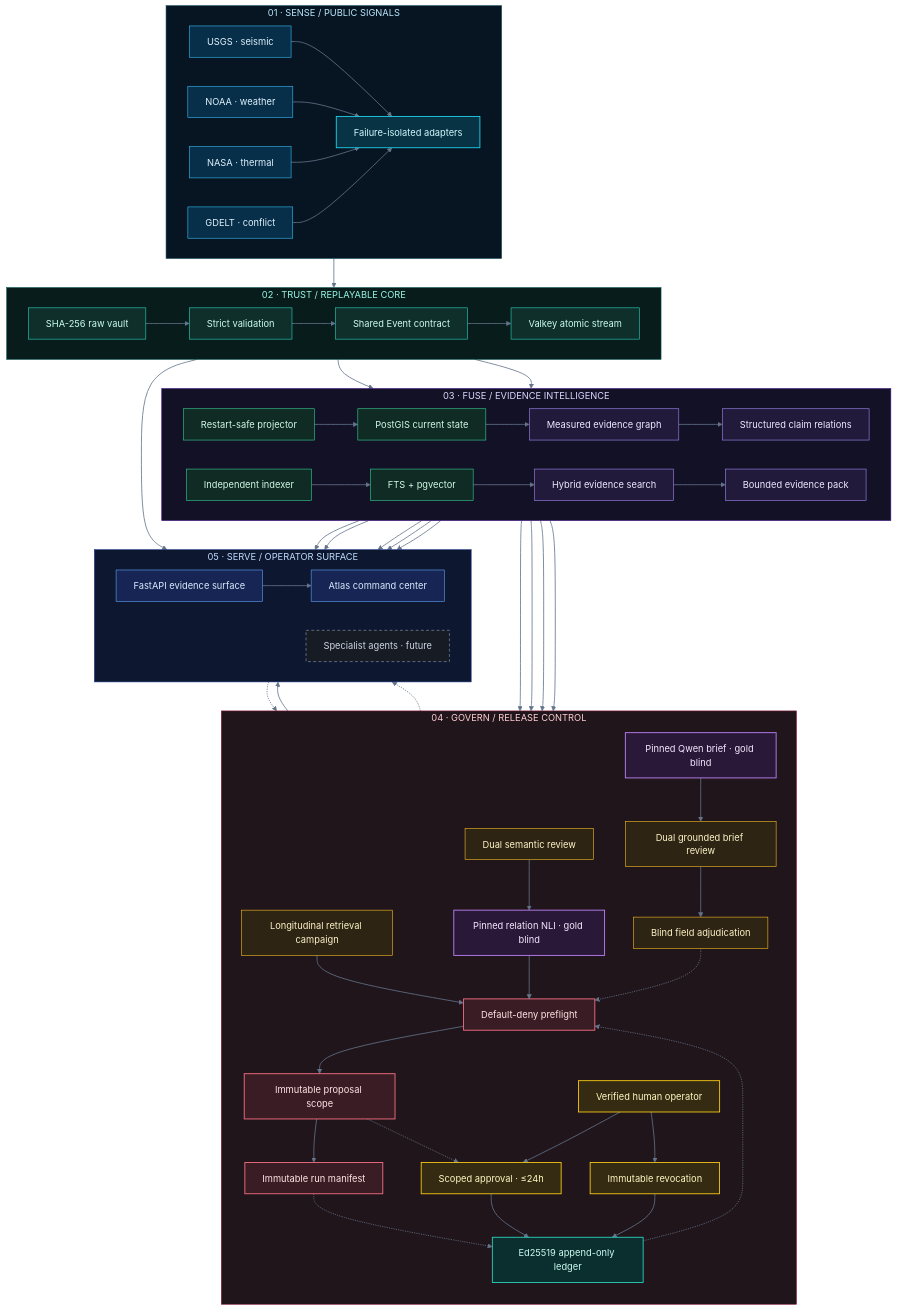
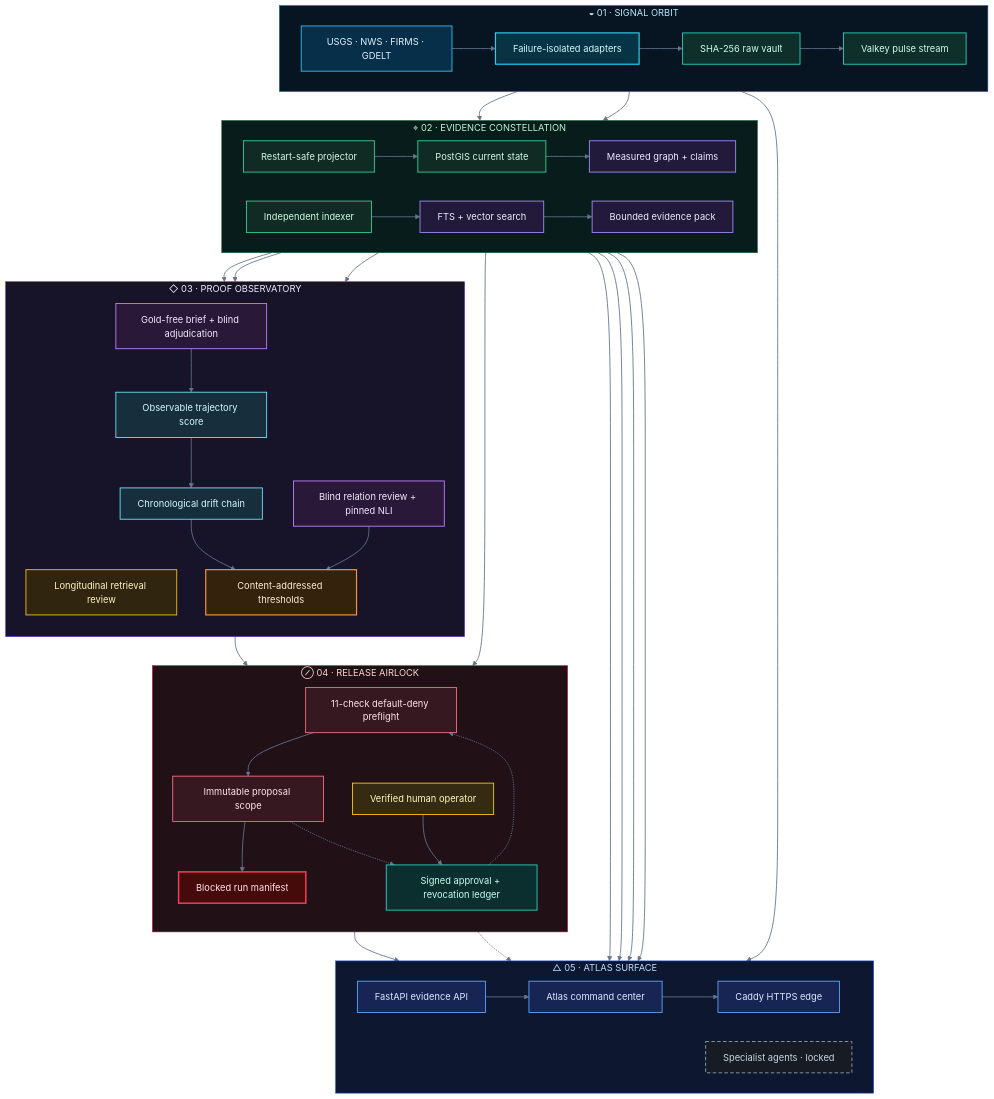
One commit to Thivas12/atlas-pulse changed the diagram in README.md. Above: the diagram before and after it, drawn with Mermaid. The commit also changed other lines of this file and 43 other files, not shown here.

First line of the commit message:
feat: add observable agent trajectory release gates (#35)

````diff
--- a/README.md
+++ b/README.md
@@ -95,97 +103,89 @@
 ```mermaid
-flowchart TD
-    subgraph SENSE["01 · SENSE / PUBLIC SIGNALS"]
+flowchart TB
+    subgraph ORBIT["◒ 01 · SIGNAL ORBIT"]
         direction LR
-        USGS["USGS · seismic"]:::source
-        NWS["NOAA · weather"]:::source
-        FIRMS["NASA · thermal"]:::source
-        GDELT["GDELT · conflict"]:::source
-        ADAPTERS["Failure-isolated adapters"]:::ingest
-        USGS --> ADAPTERS
-        NWS --> ADAPTERS
-        FIRMS --> ADAPTERS
-        GDELT --> ADAPTERS
+        FEEDS["USGS · NWS · FIRMS · GDELT"]:::signal
+        ADAPTERS["Failure-isolated adapters"]:::pulse
+        VAULT["SHA-256 raw vault"]:::trust
+        BUS["Valkey pulse stream"]:::trust
+        FEEDS --> ADAPTERS --> VAULT --> BUS
     end
 
-    subgraph TRUST["02 · TRUST / REPLAYABLE CORE"]
-        direction LR
-        RAW["SHA-256 raw vault"]:::trust --> VALIDATE["Strict validation"]:::trust
-        VALIDATE --> EVENT["Shared Event contract"]:::trust
-        EVENT --> STREAM["Valkey atomic stream"]:::trust
-    end
-
-    subgraph INTEL["03 · FUSE / EVIDENCE INTELLIGENCE"]
+    subgraph CONSTELLATION["⌖ 02 · EVIDENCE CONSTELLATION"]
         direction LR
         PROJECTOR["Restart-safe projector"]:::state --> POSTGIS["PostGIS current state"]:::state
-        POSTGIS --> GRAPH["Measured evidence graph"]:::intel
-        GRAPH --> CLAIMS["Structured claim relations"]:::intel
-        INDEXER["Independent indexer"]:::state --> SEARCHDB["FTS + pgvector"]:::state
-        SEARCHDB --> SEARCH["Hybrid evidence search"]:::intel
+        POSTGIS --> GRAPH["Measured graph + claims"]:::intel
+        INDEXER["Independent indexer"]:::state --> SEARCH["FTS + vector search"]:::intel
         SEARCH --> PACK["Bounded evidence pack"]:::intel
     end
 
-    subgraph GOVERN["04 · GOVERN / RELEASE CONTROL"]
+    subgraph OBSERVATORY["◇ 03 · PROOF OBSERVATORY"]
         direction TB
-        RETRIEVAL_REVIEW["Longitudinal retrieval campaign"]:::review
-        RELATION_REVIEW["Dual semantic review"]:::review
-        CANDIDATE["Pinned relation NLI · gold blind"]:::sandbox
-        ANSWER_RUNNER["Pinned Qwen brief · gold blind"]:::sandbox
-        ANSWER_REVIEW["Dual grounded brief review"]:::review
-        ANSWER_ADJ["Blind field adjudication"]:::review
-        PREFLIGHT["Default-deny preflight"]:::gate
-        PROPOSAL["Immutable proposal scope"]:::gate
-        MANIFEST["Immutable run manifest"]:::gate
-        HUMAN["Verified human operator"]:::human
-        APPROVAL["Scoped approval · ≤24h"]:::human
-        REVOCATION["Immutable revocation"]:::human
-        LEDGER["Ed25519 append-only ledger"]:::audit
+        RETRIEVAL["Longitudinal retrieval review"]:::review
+        RELATIONS["Blind relation review + pinned NLI"]:::sandbox
+        GROUNDED["Gold-free brief + blind adjudication"]:::sandbox
+        TRAJECTORY["Observable trajectory score"]:::trajectory
+        DRIFT["Chronological drift chain"]:::trajectory
+        RELEASE["Content-addressed thresholds"]:::threshold
+        GROUNDED --> TRAJECTORY --> DRIFT --> RELEASE
+        RELATIONS --> RELEASE
     end
 
-    subgraph SERVE["05 · SERVE / OPERATOR SURFACE"]
-        direction LR
-        API["FastAPI evidence surface"]:::surface --> WEB["Atlas command center"]:::surface
-        AGENTS["Specialist agents · future"]:::future
+    subgraph AIRLOCK["⊘ 04 · RELEASE AIRLOCK"]
+        direction TB
+        PREFLIGHT["11-check default-deny preflight"]:::gate
+        PROPOSAL["Immutable proposal scope"]:::gate
+        MANIFEST["Blocked run manifest"]:::locked
+        OPERATOR["Verified human operator"]:::human
+        LEDGER["Signed approval + revocation ledger"]:::audit
+        PREFLIGHT --> PROPOSAL --> MANIFEST
+        OPERATOR --> LEDGER
+        PROPOSAL -.-> LEDGER
+        LEDGER -.-> PREFLIGHT
     end
 
-    ADAPTERS --> RAW
-    STREAM --> PROJECTOR
-    STREAM --> INDEXER
-    SEARCH --> RETRIEVAL_REVIEW --> PREFLIGHT
-    CLAIMS --> RELATION_REVIEW --> CANDIDATE --> PREFLIGHT
-    PACK --> ANSWER_RUNNER --> ANSWER_REVIEW --> ANSWER_ADJ
-    ANSWER_ADJ -.-> PREFLIGHT
-    PACK --> PREFLIGHT --> PROPOSAL --> MANIFEST
-    HUMAN --> APPROVAL
-    PROPOSAL -.-> APPROVAL --> LEDGER
-    HUMAN --> REVOCATION --> LEDGER
-    MANIFEST -.-> LEDGER
-    LEDGER -.-> PREFLIGHT
-    STREAM --> API
+    subgraph SURFACE["△ 05 · ATLAS SURFACE"]
+        direction LR
+        API["FastAPI evidence API"]:::surface --> WEB["Atlas command center"]:::surface
+        EDGE["Caddy HTTPS edge"]:::surface
+        WEB --> EDGE
+        FUTURE["Specialist agents · locked"]:::future
+    end
+
+    BUS --> PROJECTOR
+    BUS --> INDEXER
+    GRAPH --> RELATIONS
+    SEARCH --> RETRIEVAL
+    PACK --> GROUNDED
+    PACK --> PREFLIGHT
+    RELEASE --> PREFLIGHT
+    BUS --> API
     POSTGIS --> API
     GRAPH --> API
-    CLAIMS --> API
     SEARCH --> API
     PACK --> API
     MANIFEST --> API
-    WEB -.-> HUMAN
-    MANIFEST -.-> AGENTS
+    MANIFEST -.-> FUTURE
 
-    classDef source fill:#082f49,stroke:#38bdf8,color:#e0f2fe,stroke-width:1px
-    classDef ingest fill:#083344,stroke:#22d3ee,color:#cffafe,stroke-width:1.5px
-    classDef trust fill:#0f2f2b,stroke:#2dd4bf,color:#ccfbf1,stroke-width:1px
-    classDef state fill:#102a24,stroke:#34d399,color:#d1fae5,stroke-width:1px
-    classDef intel fill:#211a3a,stroke:#a78bfa,color:#ede9fe,stroke-width:1px
-    classDef review fill:#2d2414,stroke:#fbbf24,color:#fef3c7,stroke-width:1px
+    classDef signal fill:#082f49,stroke:#38bdf8,color:#e0f2fe,stroke-width:1.5px
+    classDef pulse fill:#083344,stroke:#22d3ee,color:#cffafe,stroke-width:2px
+    classDef trust fill:#0f2f2b,stroke:#2dd4bf,color:#ccfbf1,stroke-width:1.5px
+    classDef state fill:#102a24,stroke:#34d399,color:#d1fae5,stroke-width:1.5px
+    classDef intel fill:#211a3a,stroke:#a78bfa,color:#ede9fe,stroke-width:1.5px
+    classDef review fill:#30260f,stroke:#fbbf24,color:#fef3c7,stroke-width:1.5px
     classDef sandbox fill:#2a1838,stroke:#c084fc,color:#f3e8ff,stroke-width:1.5px
-    classDef gate fill:#3a1d24,stroke:#fb7185,color:#ffe4e6,stroke-width:1.5px
+    classDef trajectory fill:#172e3d,stroke:#67e8f9,color:#cffafe,stroke-width:1.5px
+    classDef threshold fill:#34220d,stroke:#fb923c,color:#ffedd5,stroke-width:2px
+    classDef gate fill:#351820,stroke:#fb7185,color:#ffe4e6,stroke-width:1.5px
+    classDef locked fill:#450a0a,stroke:#f43f5e,color:#ffe4e6,stroke-width:2.5px
     classDef human fill:#352a12,stroke:#facc15,color:#fef9c3,stroke-width:1.5px
     classDef audit fill:#0b2f2f,stroke:#2dd4bf,color:#ccfbf1,stroke-width:1.5px
-    classDef surface fill:#172554,stroke:#60a5fa,color:#dbeafe,stroke-width:1px
-    classDef future fill:#171b24,stroke:#94a3b8,color:#cbd5e1,stroke-width:1px,stroke-dasharray:5 4
-    style SENSE fill:#061521,stroke:#164e63,color:#bae6fd
-    style TRUST fill:#071c1b,stroke:#115e59,color:#99f6e4
-    style INTEL fill:#121126,stroke:#4c1d95,color:#ddd6fe
-    style GOVERN fill:#20151a,stroke:#881337,color:#fecdd3
-    style SERVE fill:#0d1730,stroke:#1e3a8a,color:#bfdbfe
-    linkStyle default stroke:#64748b,stroke-width:1.4px
+    classDef surface fill:#172554,stroke:#60a5fa,color:#dbeafe,stroke-width:1.5px
+    classDef future fill:#171b24,stroke:#94a3b8,color:#cbd5e1,stroke-width:1.5px,stroke-dasharray:6 4
+    style ORBIT fill:#061521,stroke:#155e75,color:#bae6fd
+    style CONSTELLATION fill:#071c1b,stroke:#166534,color:#bbf7d0
+    style OBSERVATORY fill:#171329,stroke:#6d28d9,color:#ede9fe
+    style AIRLOCK fill:#211116,stroke:#be123c,color:#fecdd3
+    style SURFACE fill:#0d1730,stroke:#1d4ed8,color:#bfdbfe
+    linkStyle default stroke:#64748b,stroke-width:1.5px
 ```
````
